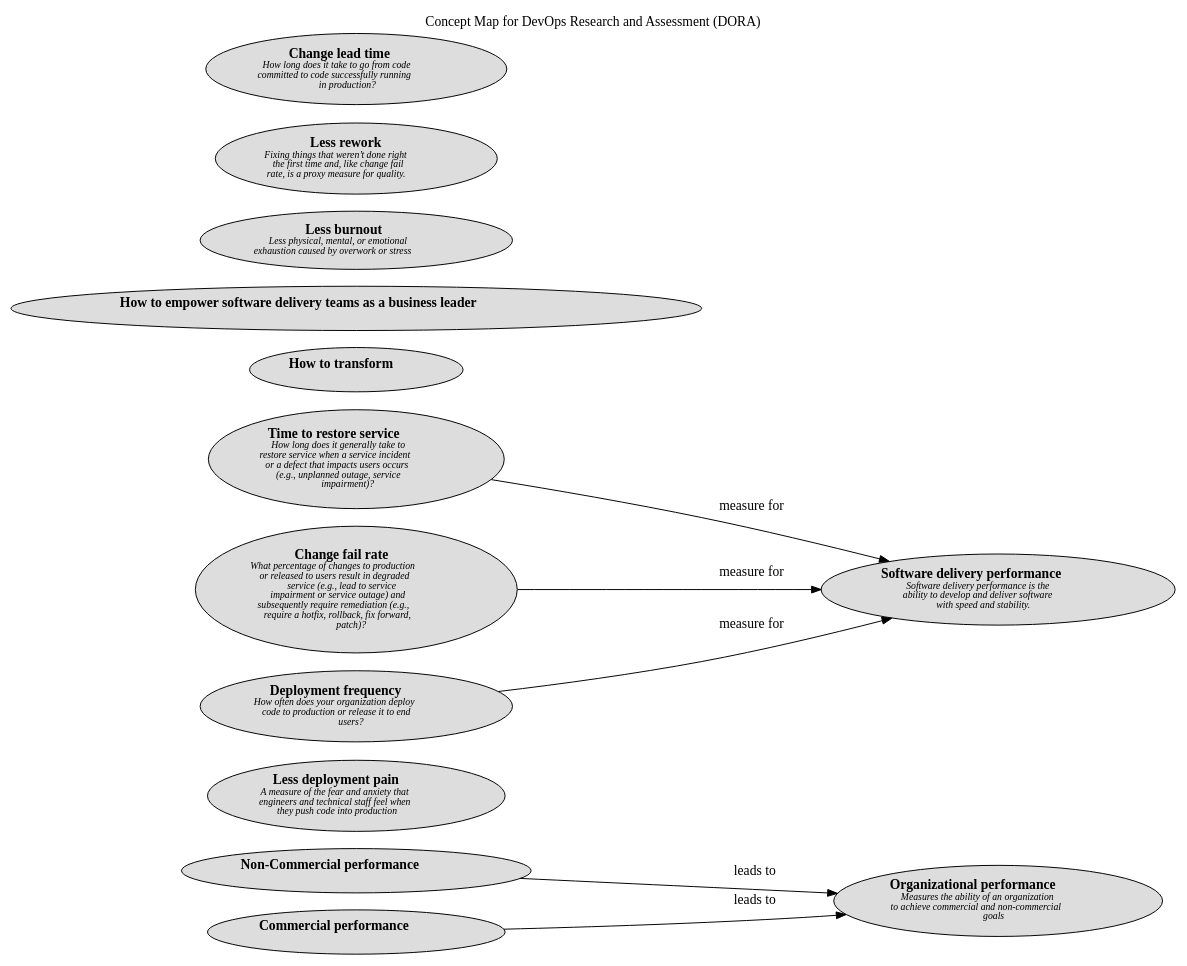
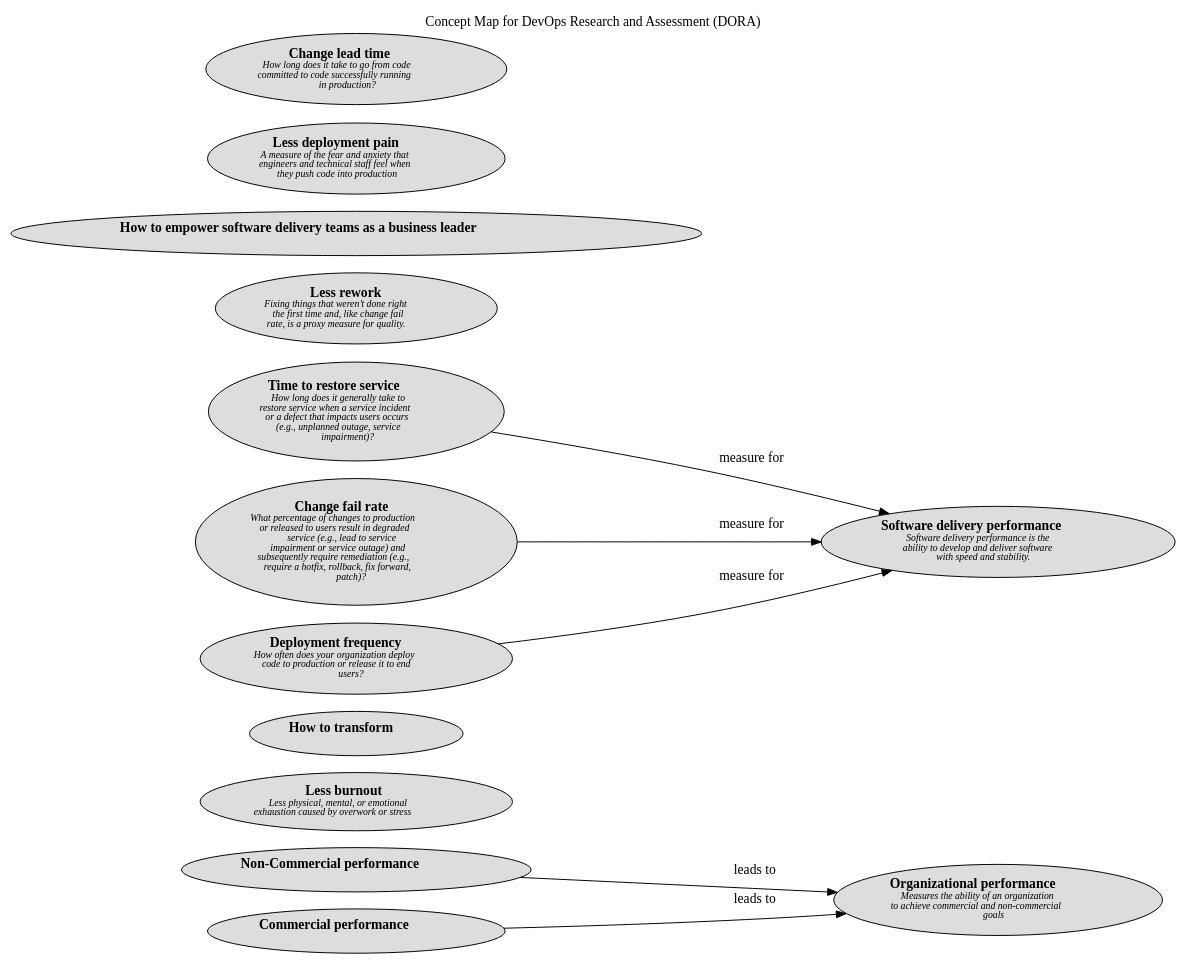
Before and after one commit to lsolbach/overarch-models: the diagram in docs/software-development/dora/concept-view.dot, drawn with Graphviz. The commit also changed other lines of this file and 70 other files, not shown here.

```diff
--- a/docs/software-development/dora/concept-view.dot
+++ b/docs/software-development/dora/concept-view.dot
@@ -1,29 +1,29 @@
 digraph "Concept Map for DevOps Research and Assessment (DORA)" {
   labelloc= "t"
   label="Concept Map for DevOps Research and Assessment (DORA)"
   rankdir="LR"
 
   layout=dot
 software_development_dora__non_commercial_performance [shape=ellipse style=filled fillcolor="#dddddd" label=<<B>Non-Commercial performance</B><BR/><FONT POINT-SIZE="10"><I> </I></FONT>>]
-software_development_dora__less_deployment_pain [shape=ellipse style=filled fillcolor="#dddddd" label=<<B>Less deployment pain</B><BR/><FONT POINT-SIZE="10"><I>A measure of the fear and anxiety that<BR/>engineers and technical staff feel when<BR/>they push code into production </I></FONT>>]
+software_development_dora__less_burnout [shape=ellipse style=filled fillcolor="#dddddd" label=<<B>Less burnout</B><BR/><FONT POINT-SIZE="10"><I>Less physical, mental, or emotional<BR/>exhaustion caused by overwork or stress </I></FONT>>]
+software_development_dora__how_to_transform [shape=ellipse style=filled fillcolor="#dddddd" label=<<B>How to transform</B><BR/><FONT POINT-SIZE="10"><I> </I></FONT>>]
 software_development_dora__software_delivery_performance [shape=ellipse style=filled fillcolor="#dddddd" label=<<B>Software delivery performance</B><BR/><FONT POINT-SIZE="10"><I>Software delivery performance is the<BR/>ability to develop and deliver software<BR/>with speed and stability. </I></FONT>>]
 software_development_dora__time_to_restore_service [shape=ellipse style=filled fillcolor="#dddddd" label=<<B>Time to restore service</B><BR/><FONT POINT-SIZE="10"><I>How long does it generally take to<BR/>restore service when a service incident<BR/>or a defect that impacts users occurs<BR/>(e.g., unplanned outage, service<BR/>impairment)? </I></FONT>>]
-software_development_dora__how_to_transform [shape=ellipse style=filled fillcolor="#dddddd" label=<<B>How to transform</B><BR/><FONT POINT-SIZE="10"><I> </I></FONT>>]
+software_development_dora__less_rework [shape=ellipse style=filled fillcolor="#dddddd" label=<<B>Less rework</B><BR/><FONT POINT-SIZE="10"><I>Fixing things that weren’t done right<BR/>the first time and, like change fail<BR/>rate, is a proxy measure for quality. </I></FONT>>]
 software_development_dora__change_fail_rate [shape=ellipse style=filled fillcolor="#dddddd" label=<<B>Change fail rate</B><BR/><FONT POINT-SIZE="10"><I>What percentage of changes to production<BR/>or released to users result in degraded<BR/>service (e.g., lead to service<BR/>impairment or service outage) and<BR/>subsequently require remediation (e.g.,<BR/>require a hotfix, rollback, fix forward,<BR/>patch)? </I></FONT>>]
+software_development_dora__organizational_performance [shape=ellipse style=filled fillcolor="#dddddd" label=<<B>Organizational performance</B><BR/><FONT POINT-SIZE="10"><I>Measures the ability of an organization<BR/>to achieve commercial and non-commercial<BR/>goals </I></FONT>>]
 software_development_dora__empower_software_delivery_teams_as_a_business_leader [shape=ellipse style=filled fillcolor="#dddddd" label=<<B>How to empower software delivery teams as a business leader</B><BR/><FONT POINT-SIZE="10"><I> </I></FONT>>]
 software_development_dora__commercial_performance [shape=ellipse style=filled fillcolor="#dddddd" label=<<B>Commercial performance</B><BR/><FONT POINT-SIZE="10"><I> </I></FONT>>]
-software_development_dora__less_burnout [shape=ellipse style=filled fillcolor="#dddddd" label=<<B>Less burnout</B><BR/><FONT POINT-SIZE="10"><I>Less physical, mental, or emotional<BR/>exhaustion caused by overwork or stress </I></FONT>>]
-software_development_dora__less_rework [shape=ellipse style=filled fillcolor="#dddddd" label=<<B>Less rework</B><BR/><FONT POINT-SIZE="10"><I>Fixing things that weren’t done right<BR/>the first time and, like change fail<BR/>rate, is a proxy measure for quality. </I></FONT>>]
 software_development_dora__deployment_frequency [shape=ellipse style=filled fillcolor="#dddddd" label=<<B>Deployment frequency</B><BR/><FONT POINT-SIZE="10"><I>How often does your organization deploy<BR/>code to production or release it to end<BR/>users? </I></FONT>>]
-software_development_dora__organizational_performance [shape=ellipse style=filled fillcolor="#dddddd" label=<<B>Organizational performance</B><BR/><FONT POINT-SIZE="10"><I>Measures the ability of an organization<BR/>to achieve commercial and non-commercial<BR/>goals </I></FONT>>]
+software_development_dora__less_deployment_pain [shape=ellipse style=filled fillcolor="#dddddd" label=<<B>Less deployment pain</B><BR/><FONT POINT-SIZE="10"><I>A measure of the fear and anxiety that<BR/>engineers and technical staff feel when<BR/>they push code into production </I></FONT>>]
 software_development_dora__change_lead_time [shape=ellipse style=filled fillcolor="#dddddd" label=<<B>Change lead time</B><BR/><FONT POINT-SIZE="10"><I>How long does it take to go from code<BR/>committed to code successfully running<BR/>in production? </I></FONT>>]
  
 software_development_dora__time_to_restore_service -> software_development_dora__software_delivery_performance [label=<measure for<BR/><FONT POINT-SIZE="10"><I> </I></FONT>>]
 software_development_dora__commercial_performance -> software_development_dora__organizational_performance [label=<leads to<BR/><FONT POINT-SIZE="10"><I> </I></FONT>>]
 software_development_dora__change_fail_rate -> software_development_dora__software_delivery_performance [label=<measure for<BR/><FONT POINT-SIZE="10"><I> </I></FONT>>]
 software_development_dora__non_commercial_performance -> software_development_dora__organizational_performance [label=<leads to<BR/><FONT POINT-SIZE="10"><I> </I></FONT>>]
 software_development_dora__deployment_frequency -> software_development_dora__software_delivery_performance [label=<measure for<BR/><FONT POINT-SIZE="10"><I> </I></FONT>>]
  
 }
 
 // (generated by Overarch with template views/view.dot.cmb)
```
